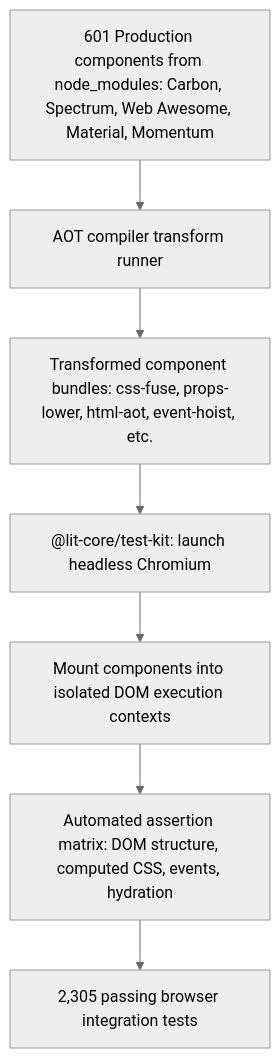
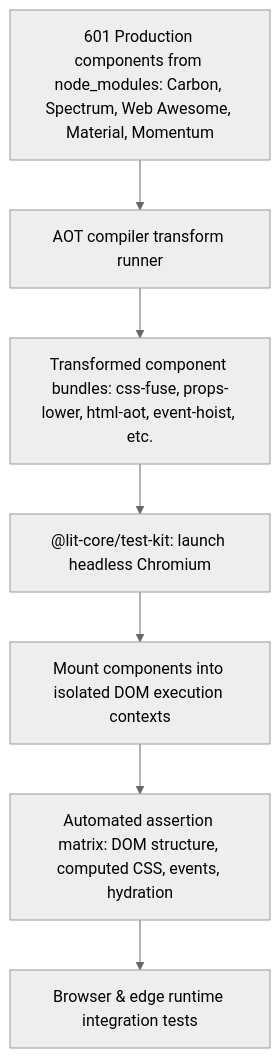
The diagram in packages/internal/tests/README.md (lit-core/core), drawn with Mermaid (neutral theme) before and after one commit. The commit also changed other lines of this file and 25 other files, not shown here.

````diff
--- a/packages/internal/tests/README.md
+++ b/packages/internal/tests/README.md
@@ -34,9 +32,9 @@
 ```mermaid
 flowchart TD
     A["601 Production components from node_modules: Carbon, Spectrum, Web Awesome, Material, Momentum"] --> B["AOT compiler transform runner"]
     B --> C["Transformed component bundles: css-fuse, props-lower, html-aot, event-hoist, etc."]
     C --> D["@lit-core/test-kit: launch headless Chromium"]
     D --> E["Mount components into isolated DOM execution contexts"]
     E --> F["Automated assertion matrix: DOM structure, computed CSS, events, hydration"]
-    F --> G["2,305 passing browser integration tests"]
+    F --> G["Browser & edge runtime integration tests"]
 ```
````
